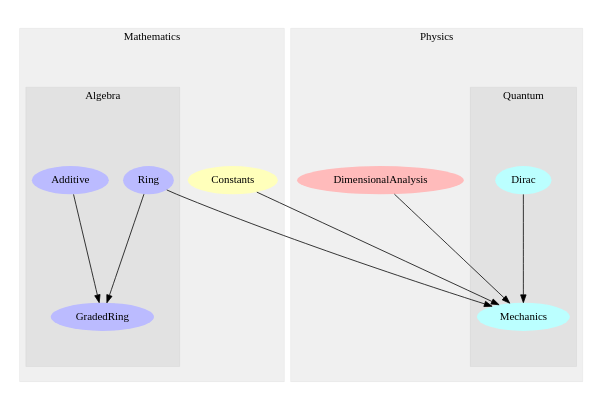
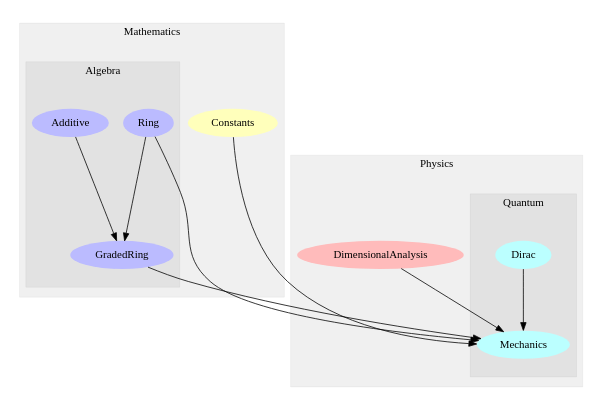
The diagram in Modules.dot (wi11dey/Physikell), drawn with Graphviz before and after one commit. The commit also changed 13 other files, not shown here.

```diff
--- a/Modules.dot
+++ b/Modules.dot
@@ -1,58 +1,59 @@
 digraph G {
     graph [size="6,4"];
     graph [ratio=fill];
     subgraph cluster_0 {
         graph [label=Mathematics];
         graph [color="#0000000f"];
         graph [style=filled];
         u3 [label=Constants
            ,style=filled
            ,fillcolor="#ffffbb"
            ,penwidth=0];
         subgraph cluster_1 {
             graph [label=Algebra];
             graph [color="#0000000f"];
             graph [style=filled];
             u0 [label=Additive
                ,style=filled
                ,fillcolor="#bbbbff"
                ,penwidth=0];
             u1 [label=Ring
                ,style=filled
                ,fillcolor="#bbbbff"
                ,penwidth=0];
             u2 [label=GradedRing
                ,style=filled
                ,fillcolor="#bbbbff"
                ,penwidth=0];
         }
     }
     subgraph cluster_2 {
         graph [label=Physics];
         graph [color="#0000000f"];
         graph [style=filled];
         u4 [label=DimensionalAnalysis
            ,style=filled
            ,fillcolor="#ffbbbb"
            ,penwidth=0];
         subgraph cluster_3 {
             graph [label=Quantum];
             graph [color="#0000000f"];
             graph [style=filled];
             u5 [label=Dirac
                ,style=filled
                ,fillcolor="#bbffff"
                ,penwidth=0];
             u6 [label=Mechanics
                ,style=filled
                ,fillcolor="#bbffff"
                ,penwidth=0];
         }
     }
     u0 -> u2;
     u1 -> u2;
     u1 -> u6;
+    u2 -> u6;
     u3 -> u6;
     u4 -> u6;
     u5 -> u6;
 }
```
